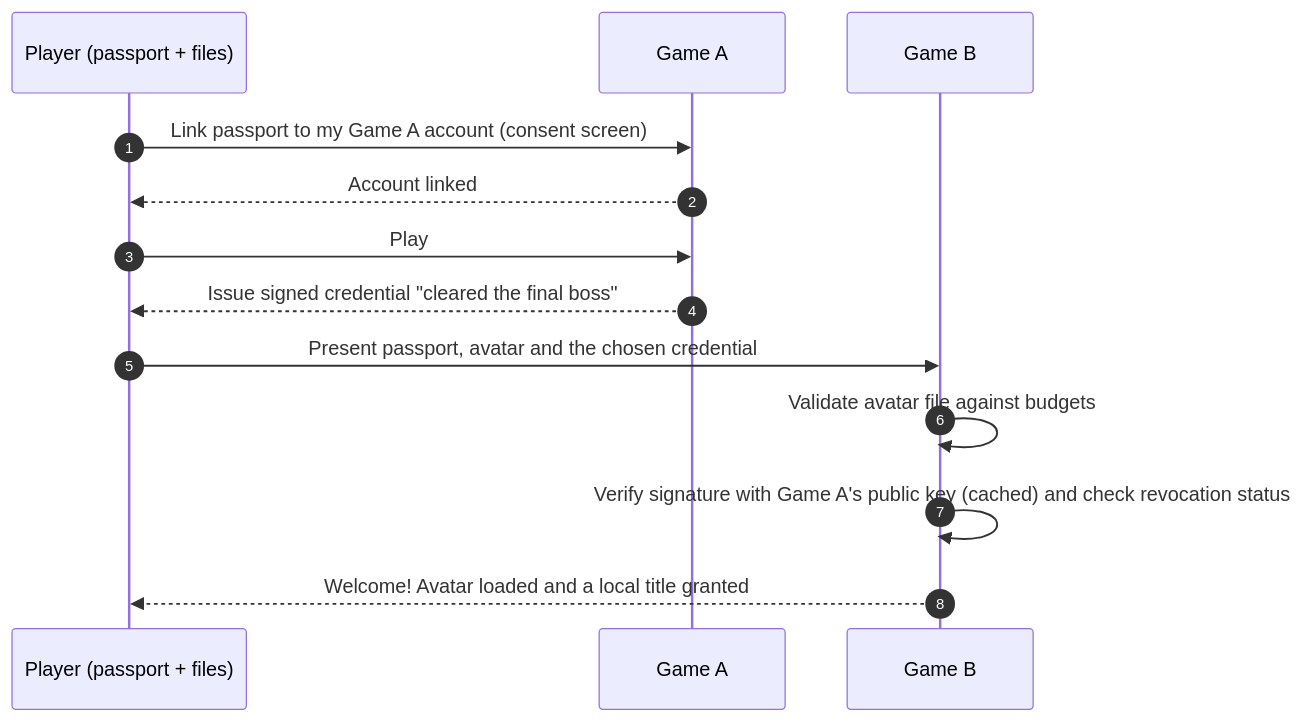
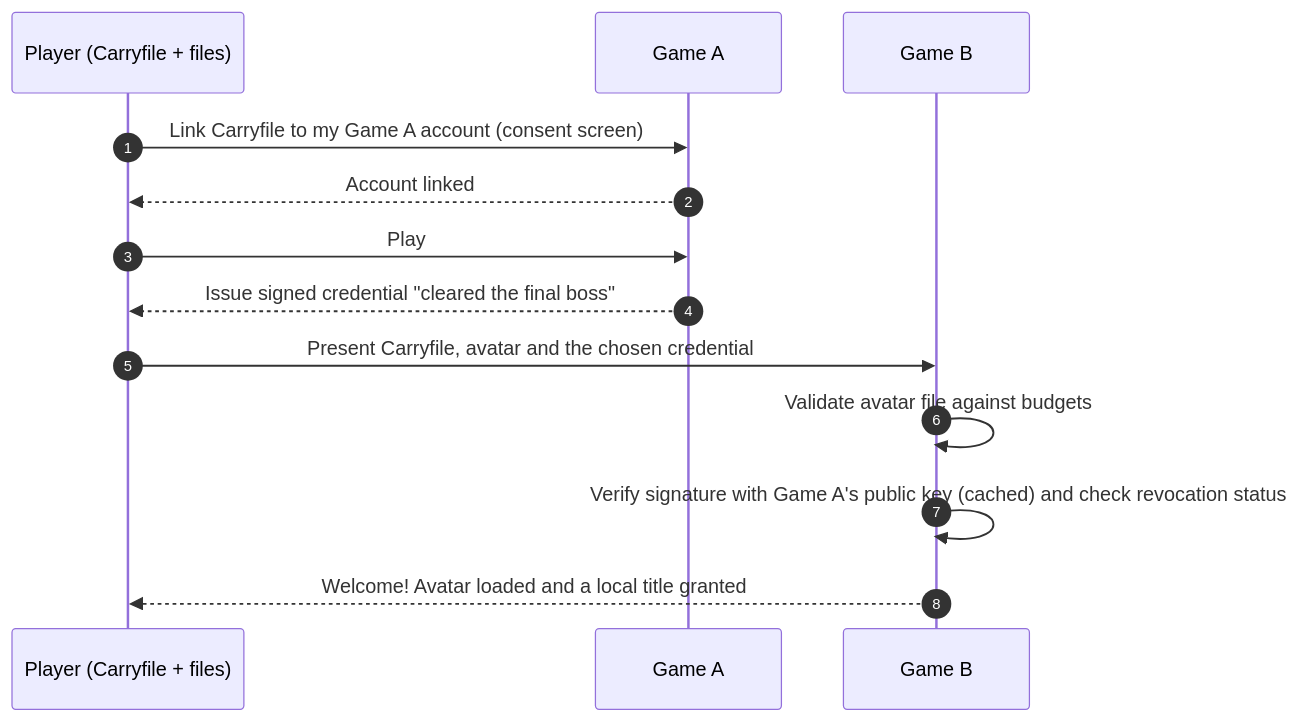
The second of 2 diagrams in docs/layer-model.md (internet-of-games/internet-of-games), drawn with Mermaid before and after one commit. The commit also changed other lines of this file and 18 other files, not shown here.

First line of the commit message:
docs: rename the player passport to Carryfile in living docs

````diff
--- a/docs/layer-model.md
+++ b/docs/layer-model.md
@@ -69,15 +69,15 @@
 ```mermaid
 sequenceDiagram
     autonumber
-    participant P as Player (passport + files)
+    participant P as Player (Carryfile + files)
     participant A as Game A
     participant B as Game B
-    P->>A: Link passport to my Game A account (consent screen)
+    P->>A: Link Carryfile to my Game A account (consent screen)
     A-->>P: Account linked
     P->>A: Play
     A-->>P: Issue signed credential "cleared the final boss"
-    P->>B: Present passport, avatar and the chosen credential
+    P->>B: Present Carryfile, avatar and the chosen credential
     B->>B: Validate avatar file against budgets
     B->>B: Verify signature with Game A's public key (cached) and check revocation status
     B-->>P: Welcome! Avatar loaded and a local title granted
 ```
````
